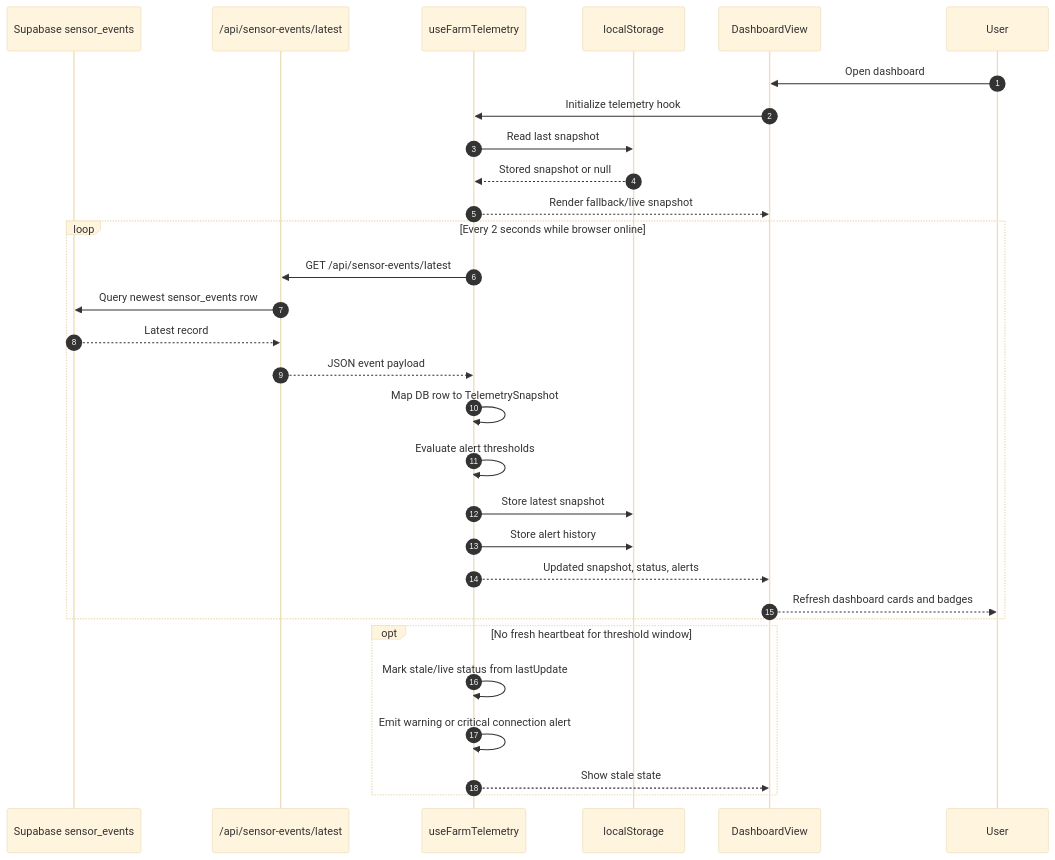
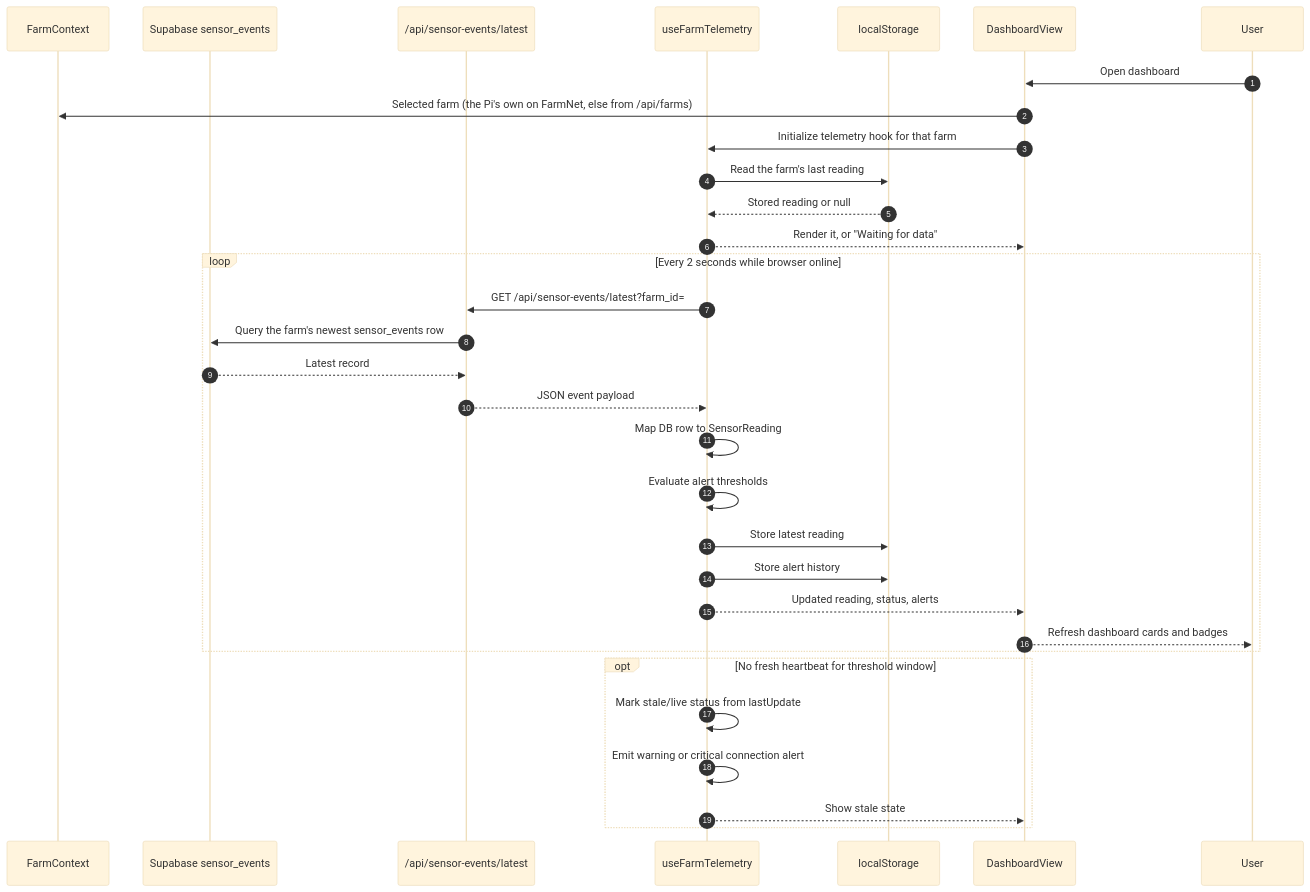
One commit to Ca1eb9/verdant-os changed the second of 2 diagrams in web/docs/uml.md. Above: the diagram before and after it, drawn with Mermaid (base theme). The commit also changed other lines of this file and 33 other files, not shown here.

````diff
--- a/web/docs/uml.md
+++ b/web/docs/uml.md
@@ -100,35 +106,37 @@
 ```mermaid
 sequenceDiagram
     autonumber
+    participant F as FarmContext
     participant D as Supabase sensor_events
     participant R as /api/sensor-events/latest
     participant H as useFarmTelemetry
     participant L as localStorage
     participant V as DashboardView
     participant U as User
 
     U->>V: Open dashboard
-    V->>H: Initialize telemetry hook
-    H->>L: Read last snapshot
-    L-->>H: Stored snapshot or null
-    H-->>V: Render fallback/live snapshot
+    V->>F: Selected farm (the Pi's own on FarmNet, else from /api/farms)
+    V->>H: Initialize telemetry hook for that farm
+    H->>L: Read the farm's last reading
+    L-->>H: Stored reading or null
+    H-->>V: Render it, or "Waiting for data"
 
     loop Every 2 seconds while browser online
-        H->>R: GET /api/sensor-events/latest
-        R->>D: Query newest sensor_events row
+        H->>R: GET /api/sensor-events/latest?farm_id=
+        R->>D: Query the farm's newest sensor_events row
         D-->>R: Latest record
         R-->>H: JSON event payload
-        H->>H: Map DB row to TelemetrySnapshot
+        H->>H: Map DB row to SensorReading
         H->>H: Evaluate alert thresholds
-        H->>L: Store latest snapshot
+        H->>L: Store latest reading
         H->>L: Store alert history
-        H-->>V: Updated snapshot, status, alerts
+        H-->>V: Updated reading, status, alerts
         V-->>U: Refresh dashboard cards and badges
     end
 
     opt No fresh heartbeat for threshold window
         H->>H: Mark stale/live status from lastUpdate
         H->>H: Emit warning or critical connection alert
         H-->>V: Show stale state
     end
 ```
````
